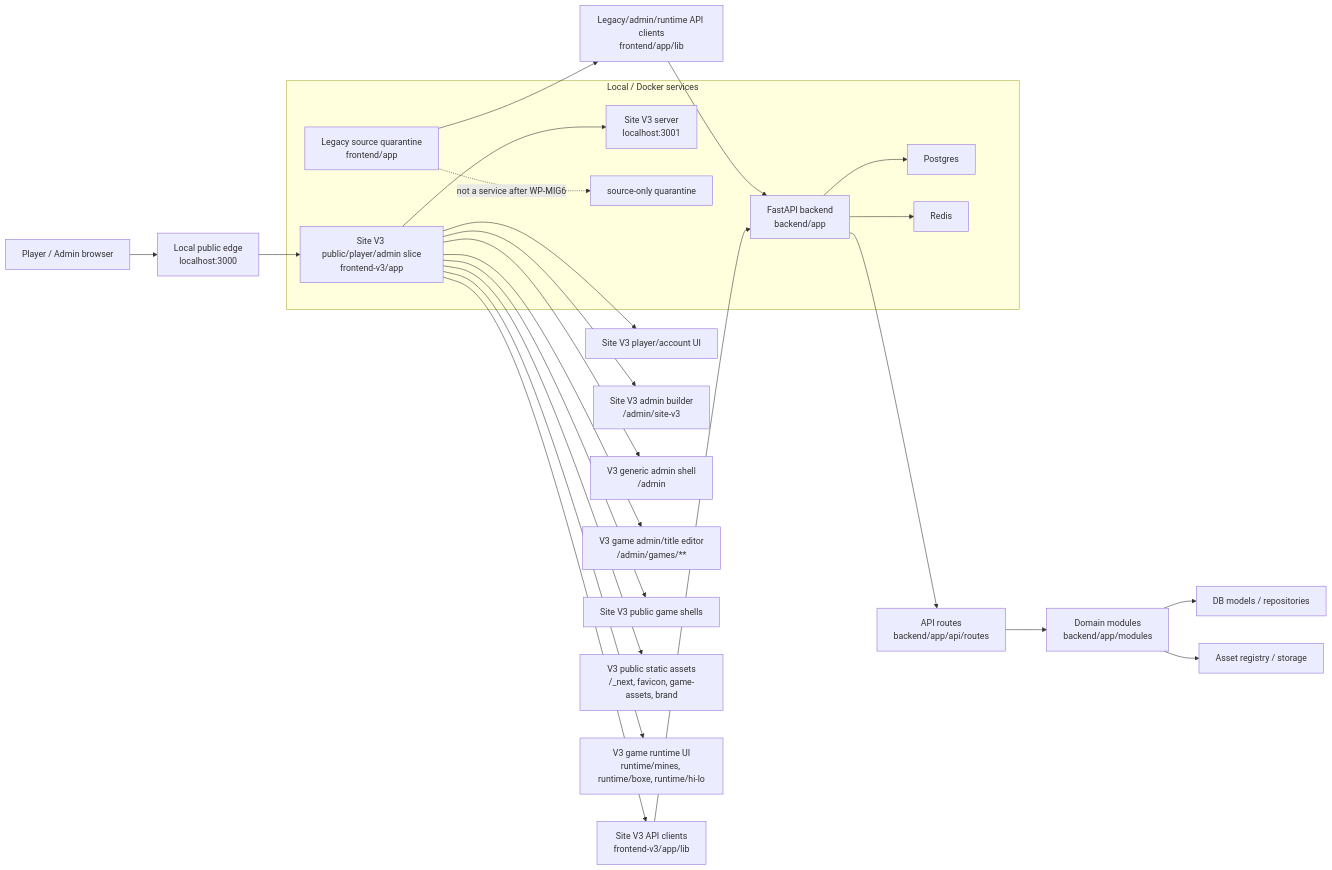
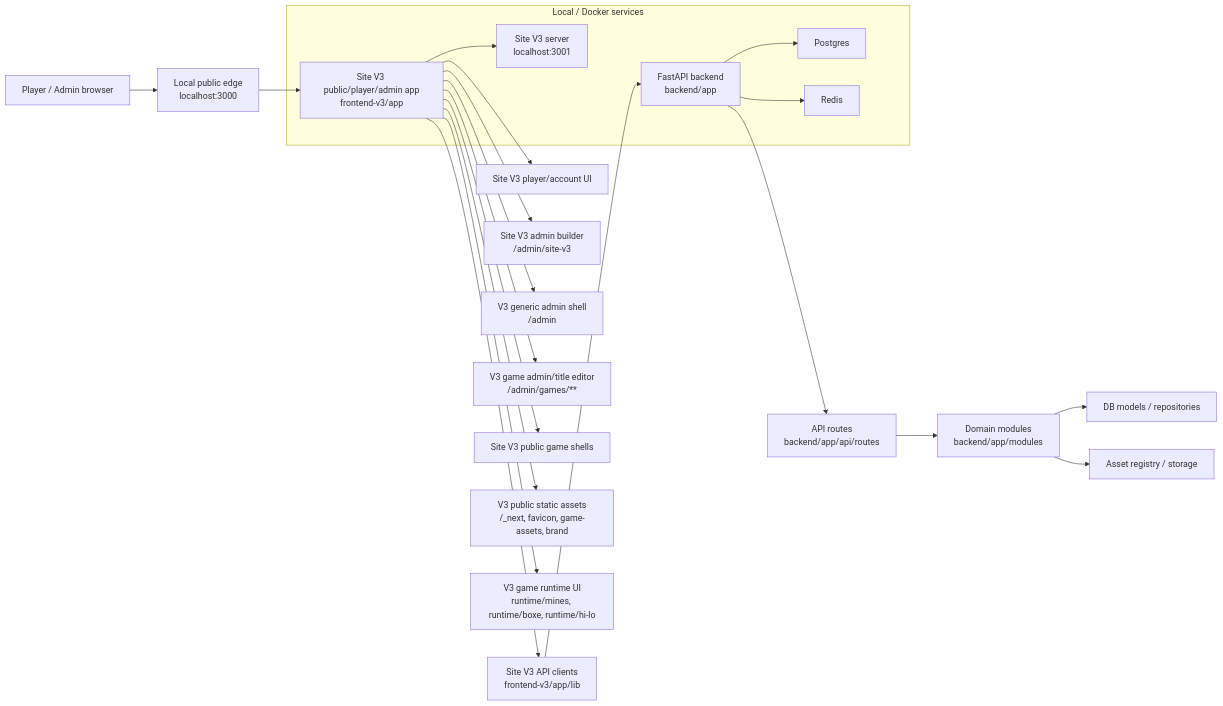
One commit to moromike/casinoking-platform changed the first of 11 diagrams in docs/CODE_ARCHITECTURE_MERMAID_MAP_2026-05-22.md. Above: the diagram before and after it, drawn with Mermaid. The commit also changed other lines of this file and 209 other files, not shown here.

Commit message:
feat(site-v3): retire legacy frontend source

````diff
--- a/docs/CODE_ARCHITECTURE_MERMAID_MAP_2026-05-22.md
+++ b/docs/CODE_ARCHITECTURE_MERMAID_MAP_2026-05-22.md
@@ -25,30 +25,26 @@
 ```mermaid
 flowchart LR
   User["Player / Admin browser"] --> Edge["Local public edge<br/>localhost:3000"]
-  Edge --> FEv3["Site V3 public/player/admin slice<br/>frontend-v3/app"]
-  FEv1["Legacy source quarantine<br/>frontend/app"]
+  Edge --> FEv3["Site V3 public/player/admin app<br/>frontend-v3/app"]
   FEv3 --> APIClientV3["Site V3 API clients<br/>frontend-v3/app/lib"]
-  FEv1 --> APIClientV1["Legacy/admin/runtime API clients<br/>frontend/app/lib"]
   APIClientV3 --> BE["FastAPI backend<br/>backend/app"]
-  APIClientV1 --> BE
 
   subgraph Docker["Local / Docker services"]
     BE --> PG["Postgres"]
     BE --> Redis["Redis"]
     FEv3 --> NextV3["Site V3 server<br/>localhost:3001"]
-    FEv1 -. not a service after WP-MIG6 .-> LegacySource["source-only quarantine"]
   end
 
   BE --> Routes["API routes<br/>backend/app/api/routes"]
   Routes --> Modules["Domain modules<br/>backend/app/modules"]
   Modules --> DB["DB models / repositories"]
   Modules --> Assets["Asset registry / storage"]
 
   FEv3 --> PlayerUI["Site V3 player/account UI"]
   FEv3 --> SiteV3AdminUI["Site V3 admin builder<br/>/admin/site-v3"]
   FEv3 --> GenericAdminUI["V3 generic admin shell<br/>/admin"]
   FEv3 --> GameAdminUI["V3 game admin/title editor<br/>/admin/games/**"]
   FEv3 --> GameShellUI["Site V3 public game shells"]
   FEv3 --> StaticAssets["V3 public static assets<br/>/_next, favicon, game-assets, brand"]
   FEv3 --> RuntimeUI["V3 game runtime UI<br/>runtime/mines, runtime/boxe, runtime/hi-lo"]
 ```
````
